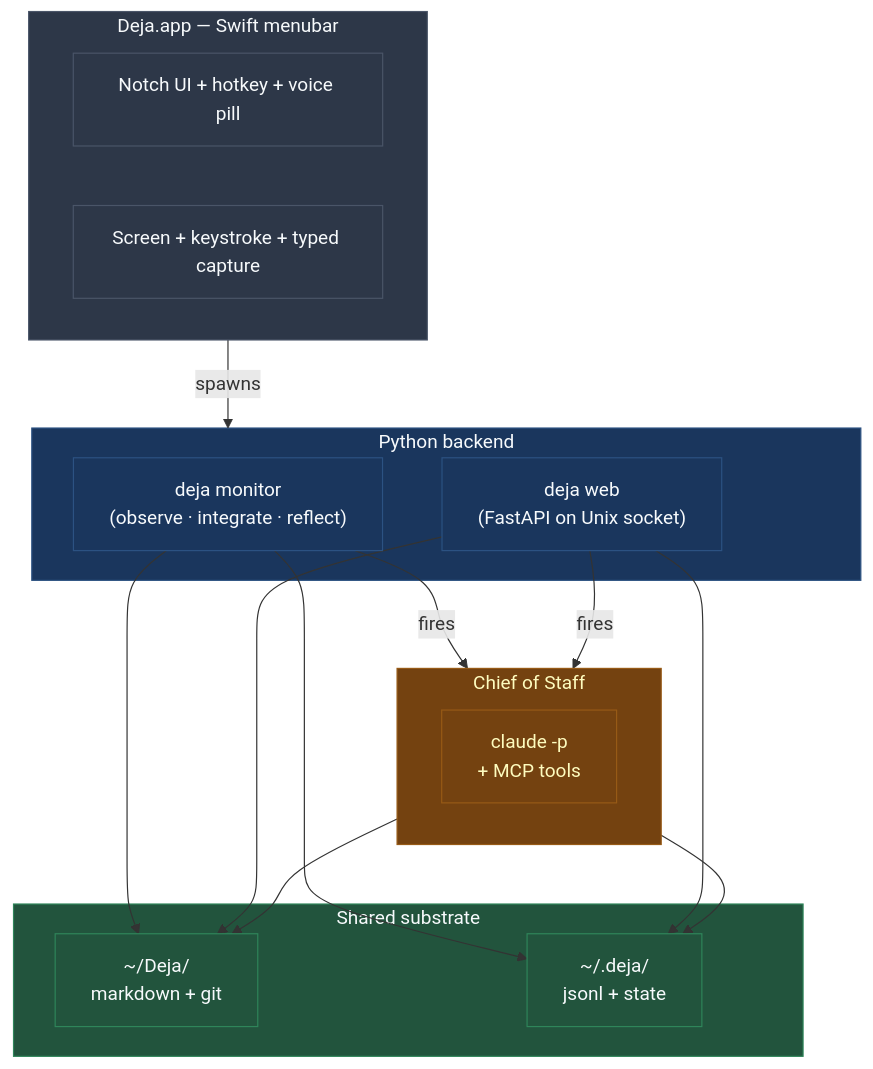
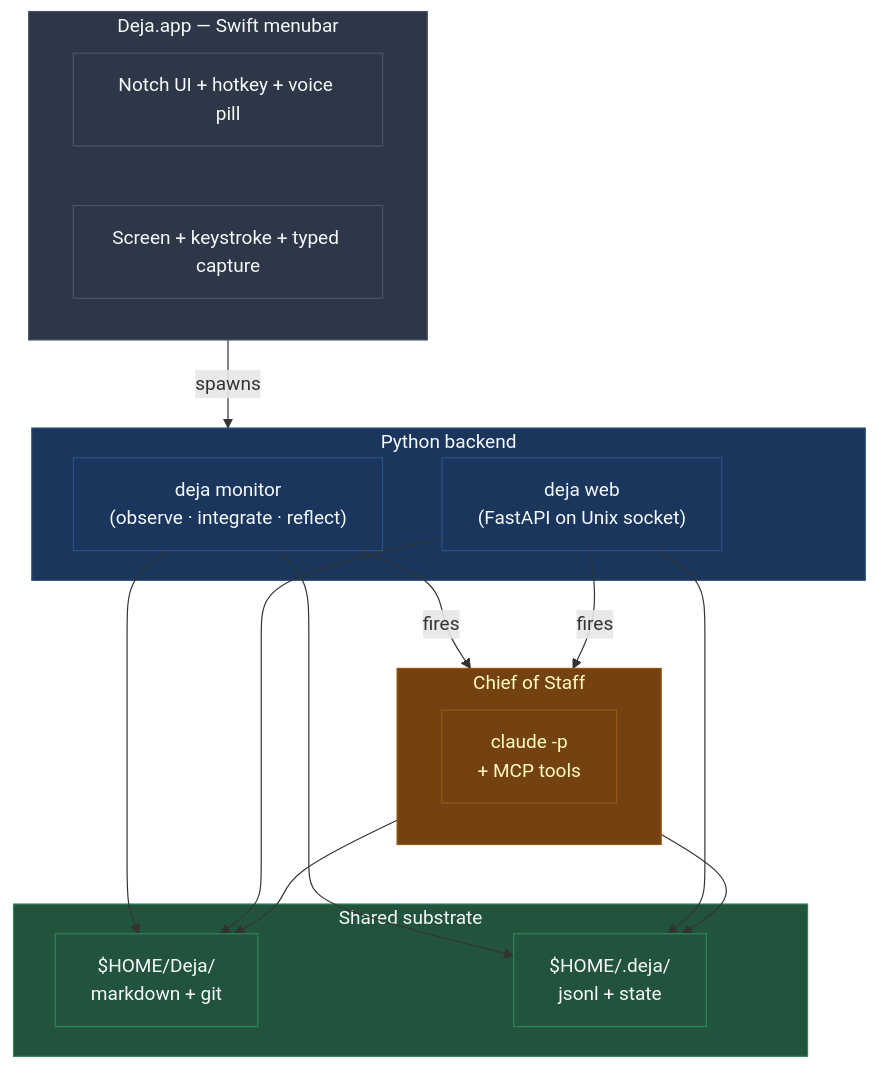
Before and after one commit to dwurtz/lighthouse: the diagram in docs-site/docs/index.md, drawn with Mermaid.

Commit message:
docs-site: fix mermaid render on home — Mermaid parses ~ as strikethrough
The two-tier diagram on the home page rendered as raw source because
the label "~/Deja/<br/>..." starts with a tilde, which Mermaid's
label parser treats as a strikethrough delimiter. Replace with
$HOME/ in the diagram only (prose references keep ~/Deja/).

````diff
--- a/docs-site/docs/index.md
+++ b/docs-site/docs/index.md
@@ -9,40 +9,40 @@
 ```mermaid
 flowchart TB
     subgraph SwiftApp["Deja.app — Swift menubar"]
         UI[Notch UI + hotkey + voice pill]
         Cap[Screen + keystroke + typed capture]
     end
 
     subgraph Python["Python backend"]
         Monitor["deja monitor<br/>(observe · integrate · reflect)"]
         Web["deja web<br/>(FastAPI on Unix socket)"]
     end
 
     subgraph Storage["Shared substrate"]
-        Wiki["~/Deja/<br/>markdown + git"]
-        State["~/.deja/<br/>jsonl + state"]
+        Wiki["$HOME/Deja/<br/>markdown + git"]
+        State["$HOME/.deja/<br/>jsonl + state"]
     end
 
     subgraph Cos["Chief of Staff"]
         C["claude -p<br/>+ MCP tools"]
     end
 
     SwiftApp -- spawns --> Python
     Monitor --> Wiki
     Monitor --> State
     Web --> Wiki
     Web --> State
     Monitor -- fires --> Cos
     Web -- fires --> Cos
     Cos --> Wiki
     Cos --> State
 
     classDef swift fill:#2d3748,stroke:#4a5568,color:#f7fafc
     classDef py fill:#1a365d,stroke:#2c5282,color:#f7fafc
     classDef store fill:#22543d,stroke:#2f855a,color:#f7fafc
     classDef cos fill:#744210,stroke:#975a16,color:#fefcbf
     class SwiftApp,UI,Cap swift
     class Python,Monitor,Web py
     class Storage,Wiki,State store
     class Cos,C cos
 ```
````
